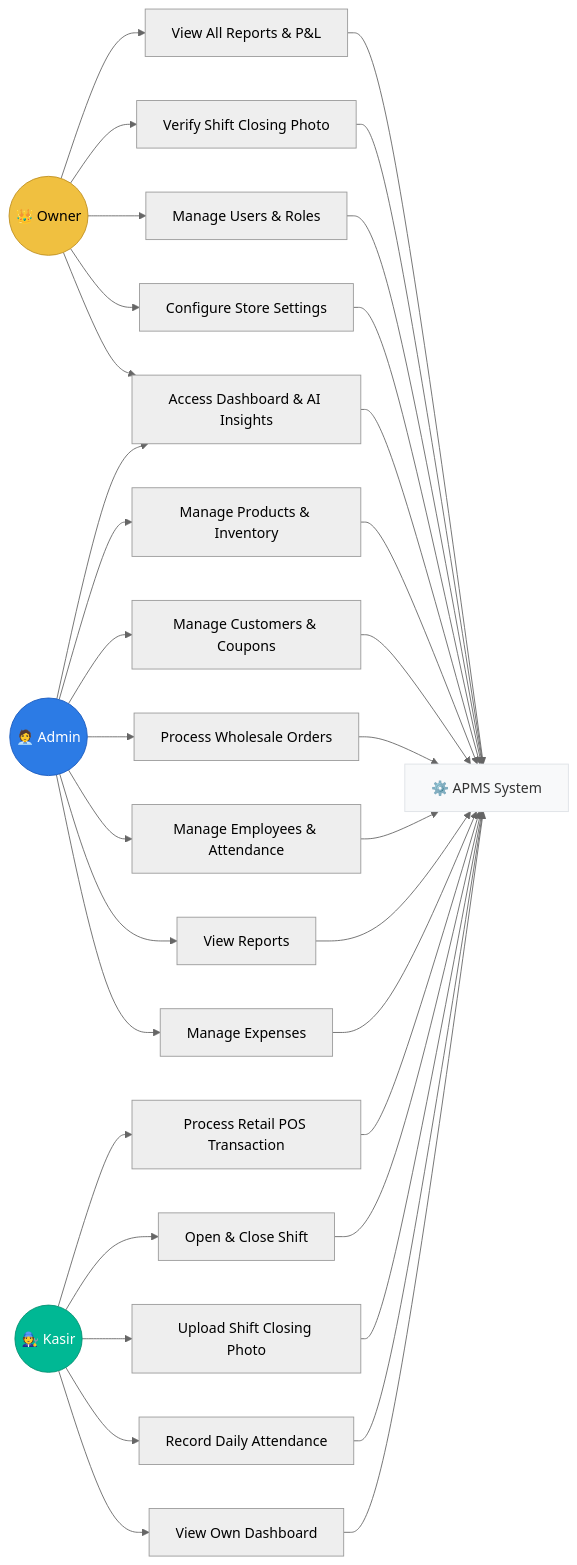
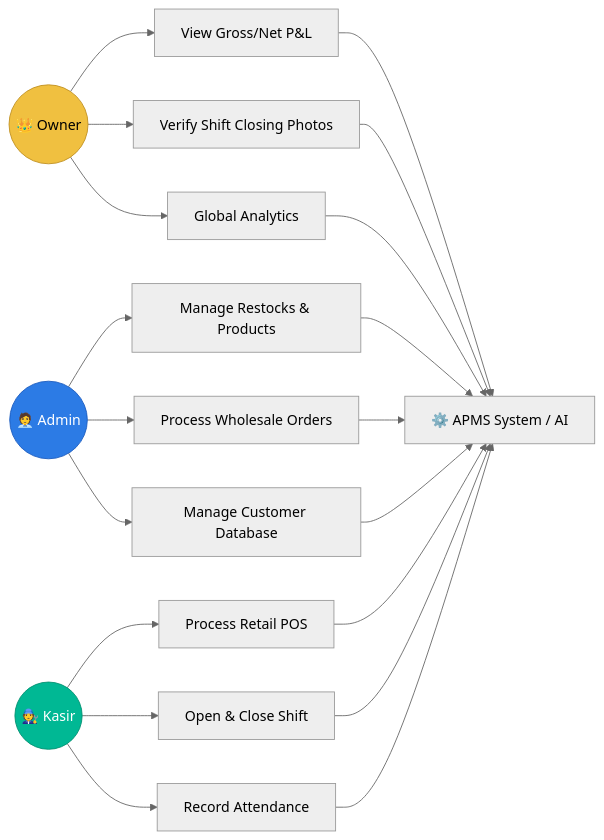
The second of 5 diagrams in README.md (wi5nuu/asharparfummanagementsystem), drawn with Mermaid (neutral theme) before and after one commit. The commit also changed other lines of this file and 38 other files, not shown here.

````diff
--- a/README.md
+++ b/README.md
@@ -144,34 +121,25 @@
 ```mermaid
 graph LR
     Owner(("👑 Owner"))
     Admin(("🧑‍💼 Admin"))
     Kasir(("🧑‍🔧 Kasir"))
-    System["⚙️ APMS System"]
+    System["⚙️ APMS System / AI"]
 
-    Owner --> UC1[View All Reports & P&L]
-    Owner --> UC2[Verify Shift Closing Photo]
-    Owner --> UC3[Manage Users & Roles]
-    Owner --> UC4[Configure Store Settings]
-    Owner --> UC5[Access Dashboard & AI Insights]
+    Owner --> UC1[View Gross/Net P&L]
+    Owner --> UC2[Verify Shift Closing Photos]
+    Owner --> UC3[Global Analytics]
 
-    Admin --> UC5
-    Admin --> UC6[Manage Products & Inventory]
-    Admin --> UC7[Manage Customers & Coupons]
-    Admin --> UC8[Process Wholesale Orders]
-    Admin --> UC9[Manage Employees & Attendance]
-    Admin --> UC10[View Reports]
-    Admin --> UC11[Manage Expenses]
+    Admin --> UC4[Manage Restocks & Products]
+    Admin --> UC5[Process Wholesale Orders]
+    Admin --> UC6[Manage Customer Database]
 
-    Kasir --> UC12[Process Retail POS Transaction]
-    Kasir --> UC13[Open & Close Shift]
-    Kasir --> UC14[Upload Shift Closing Photo]
-    Kasir --> UC15[Record Daily Attendance]
-    Kasir --> UC16[View Own Dashboard]
+    Kasir --> UC7[Process Retail POS]
+    Kasir --> UC8[Open & Close Shift]
+    Kasir --> UC9[Record Attendance]
 
-    UC1 & UC2 & UC3 & UC4 & UC5 & UC6 & UC7 & UC8 & UC9 & UC10 & UC11 & UC12 & UC13 & UC14 & UC15 & UC16 --> System
+    UC1 & UC2 & UC3 & UC4 & UC5 & UC6 & UC7 & UC8 & UC9 --> System
 
     style Owner fill:#f0c040,stroke:#c09020,color:#000
     style Admin fill:#2c7be5,stroke:#1a5bbf,color:#fff
     style Kasir fill:#00b894,stroke:#009070,color:#fff
-    style System fill:#f8f9fa,stroke:#dee2e6,color:#333
 ```
````
